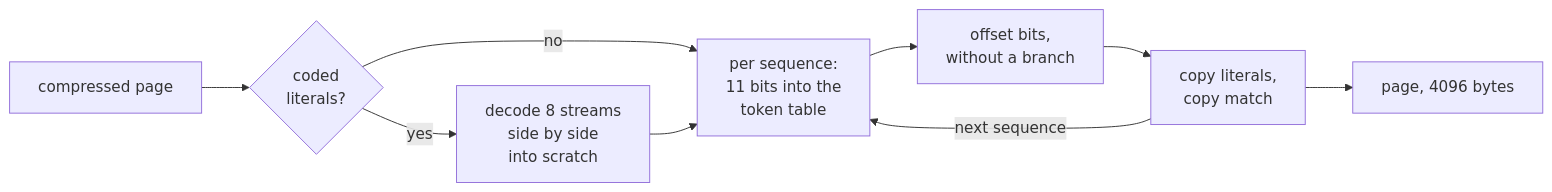
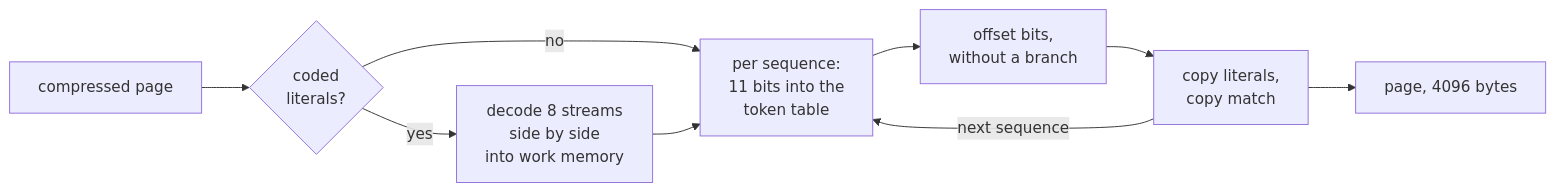
Before and after one commit to martinus/quetschn: the third of 3 diagrams in docs/seqlz.md, drawn with Mermaid. The commit also changed other lines of this file, not shown here.

````diff
--- a/docs/seqlz.md
+++ b/docs/seqlz.md
@@ -556,11 +607,11 @@
 ```mermaid
 flowchart LR
     S["compressed page"] --> H{"coded<br/>literals?"}
-    H -->|yes| D["decode 8 streams<br/>side by side<br/>into scratch"]
+    H -->|yes| D["decode 8 streams<br/>side by side<br/>into work memory"]
     H -->|no| T
     D --> T["per sequence:<br/>11 bits into the<br/>token table"]
     T --> F["offset bits,<br/>without a branch"]
     F --> K["copy literals,<br/>copy match"]
     K -->|next sequence| T
     K --> O["page, 4096 bytes"]
 ```
````
